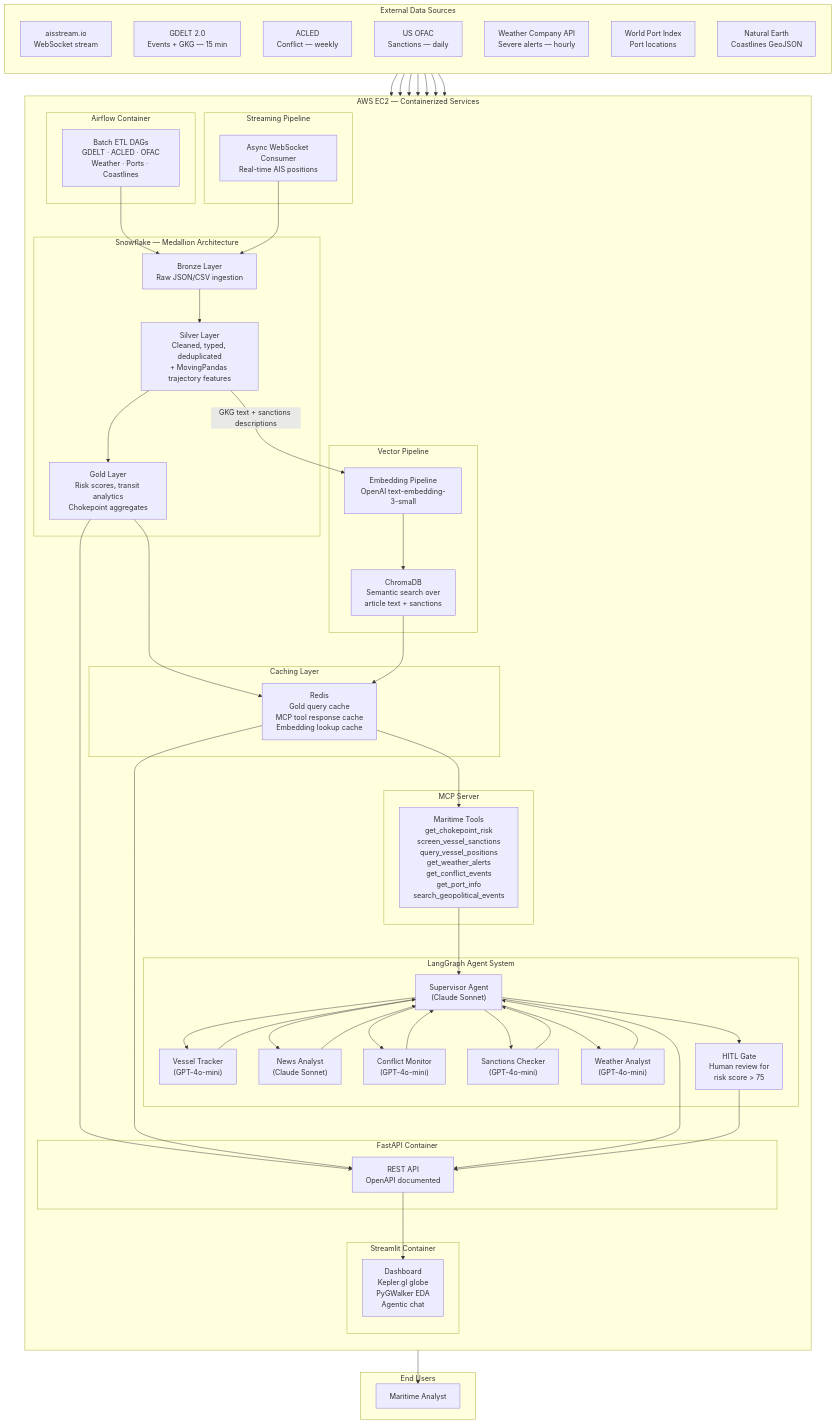
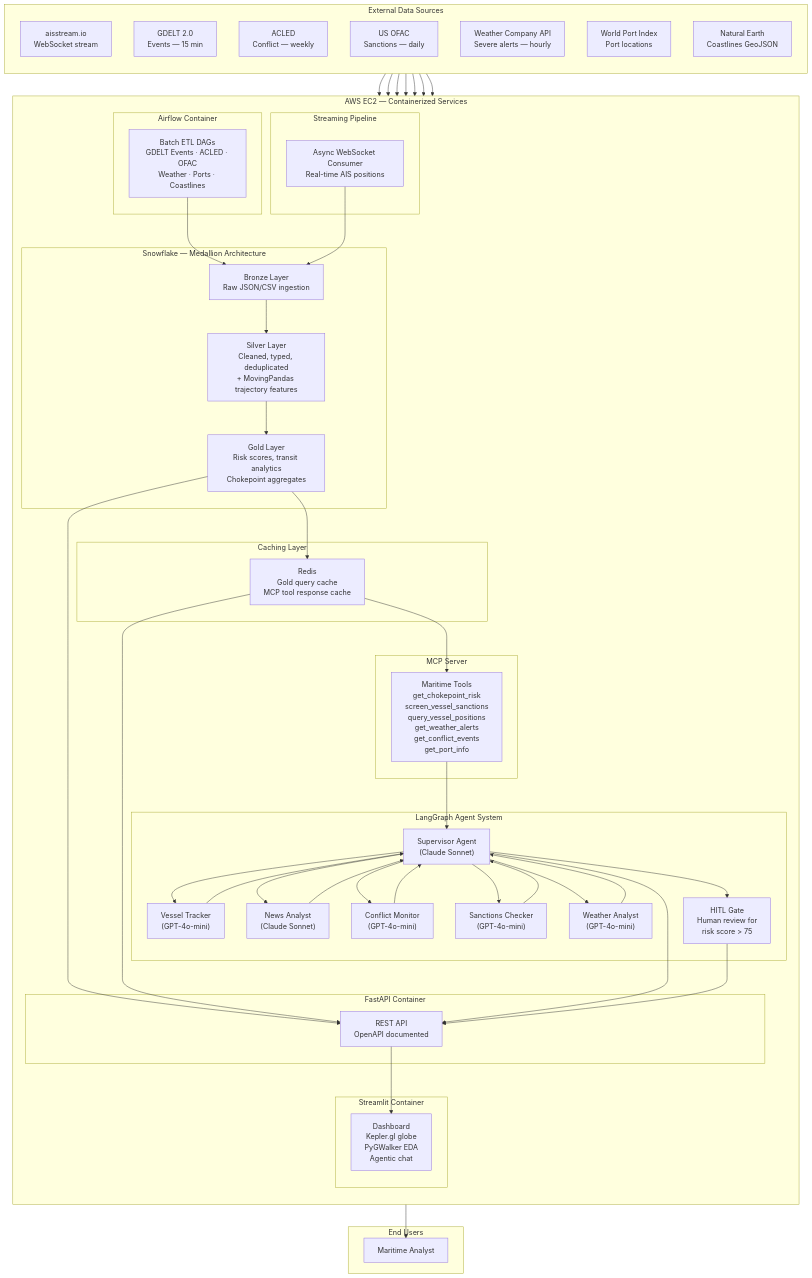
Before and after one commit to BigDataIA-Spring26-Team-4/FinalProject: the first of 2 diagrams in README.md, drawn with Mermaid. The commit also changed other lines of this file, not shown here.

```diff
--- a/README.md
+++ b/README.md
@@ -200,7 +192,7 @@
     subgraph EXT["External Data Sources"]
         direction TB
         AIS["aisstream.io\nWebSocket stream"]
-        GDELT["GDELT 2.0\nEvents + GKG — 15 min"]
+        GDELT["GDELT 2.0\nEvents — 15 min"]
         ACLED["ACLED\nConflict — weekly"]
         OFAC["US OFAC\nSanctions — daily"]
         TWC["Weather Company API\nSevere alerts — hourly"]
@@ -212,7 +204,7 @@
         direction TB
 
         subgraph AIRFLOW["Airflow Container"]
-            BATCH["Batch ETL DAGs\nGDELT · ACLED · OFAC\nWeather · Ports · Coastlines"]
+            BATCH["Batch ETL DAGs\nGDELT Events · ACLED · OFAC\nWeather · Ports · Coastlines"]
         end
 
         subgraph STREAM["Streaming Pipeline"]
@@ -226,16 +218,11 @@
         end
 
         subgraph CACHE["Caching Layer"]
-            REDIS["Redis\nGold query cache\nMCP tool response cache\nEmbedding lookup cache"]
-        end
-
-        subgraph VECTOR["Vector Pipeline"]
-            EMB["Embedding Pipeline\nOpenAI text-embedding-3-small"]
-            CHROMA["ChromaDB\nSemantic search over\narticle text + sanctions"]
+            REDIS["Redis\nGold query cache\nMCP tool response cache"]
         end
 
         subgraph MCP_SRV["MCP Server"]
-            TOOLS["Maritime Tools\nget_chokepoint_risk\nscreen_vessel_sanctions\nquery_vessel_positions\nget_weather_alerts\nget_conflict_events\nget_port_info\nsearch_geopolitical_events"]
+            TOOLS["Maritime Tools\nget_chokepoint_risk\nscreen_vessel_sanctions\nquery_vessel_positions\nget_weather_alerts\nget_conflict_events\nget_port_info"]
         end
 
         subgraph AGENTS["LangGraph Agent System"]
@@ -274,11 +261,7 @@
     BRONZE --> SILVER
     SILVER --> GOLD
 
-    SILVER -->|"GKG text + sanctions descriptions"| EMB
-    EMB --> CHROMA
-
     GOLD --> REDIS
-    CHROMA --> REDIS
     REDIS --> TOOLS
     TOOLS --> SUP
     SUP --> A1 & A2 & A3 & A4 & A5
```
